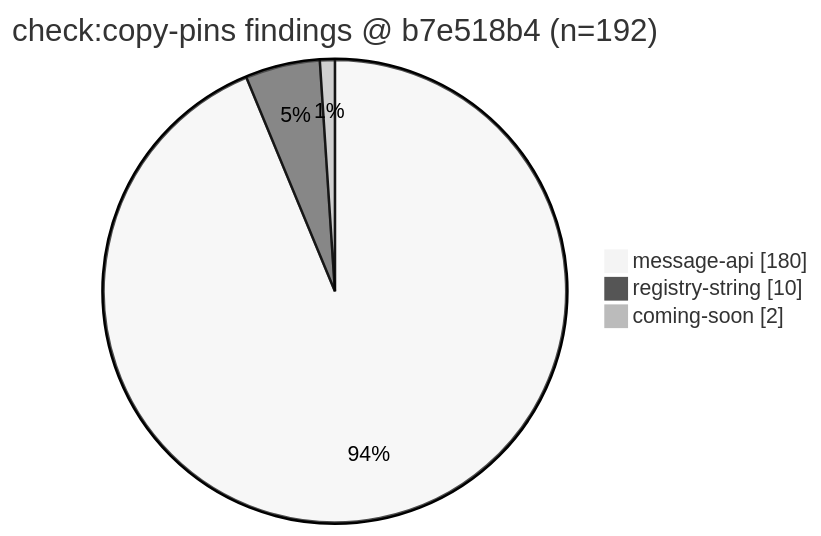
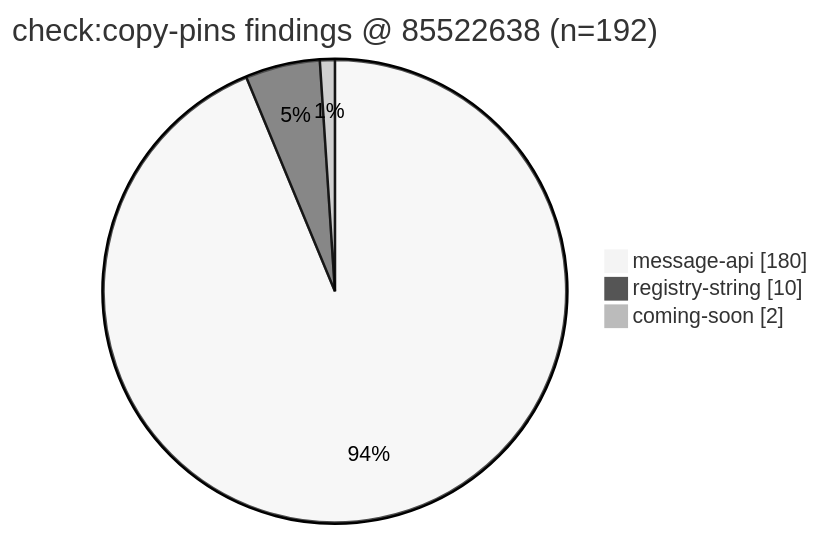
Before and after one commit to fuzzywigg/math-pentathlon: the first of 2 diagrams in docs/dev/copy-pins-residual-inventory-post898-2026-10-10.md, drawn with Mermaid. The commit also changed other lines of this file and 2 other files, not shown here.

````diff
--- a/docs/dev/copy-pins-residual-inventory-post898-2026-10-10.md
+++ b/docs/dev/copy-pins-residual-inventory-post898-2026-10-10.md
@@ -68,8 +68,8 @@
 ```mermaid
 %%{init: {"theme": "neutral"}}%%
 pie showData
-  title check:copy-pins findings @ b7e518b4 (n=192)
+  title check:copy-pins findings @ 85522638 (n=192)
   "message-api" : 180
   "registry-string" : 10
   "coming-soon" : 2
 ```
````
